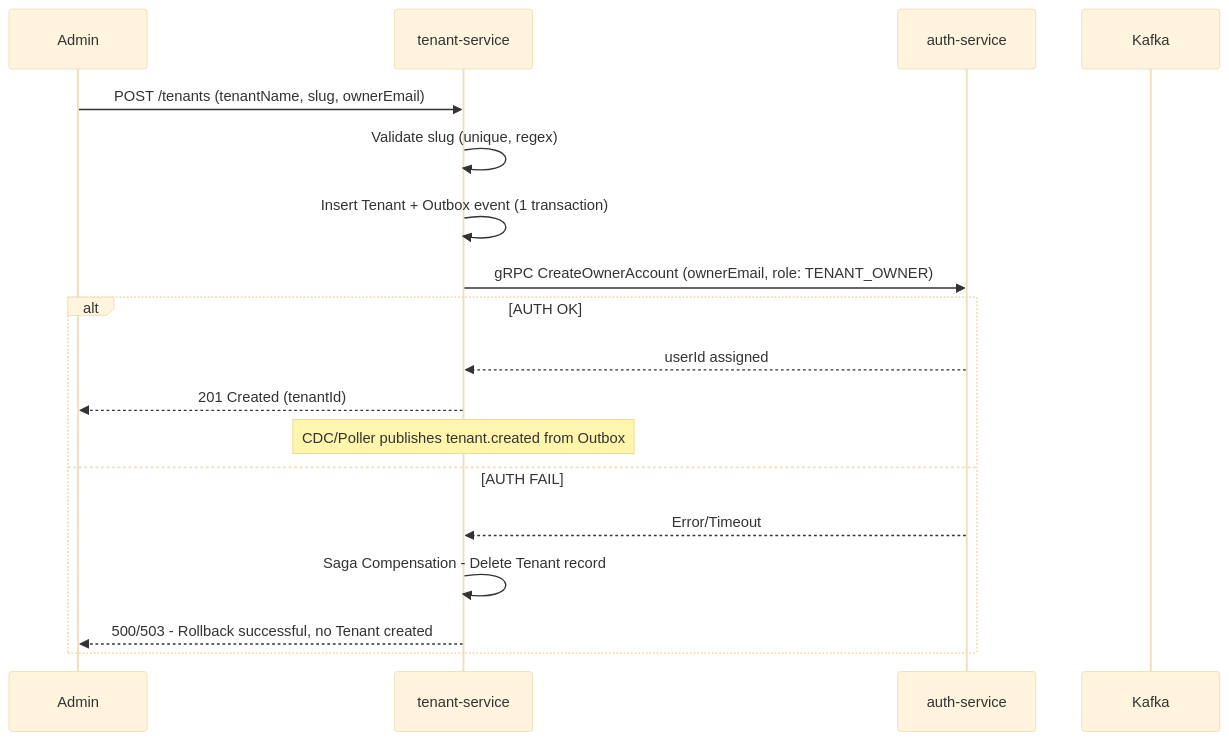
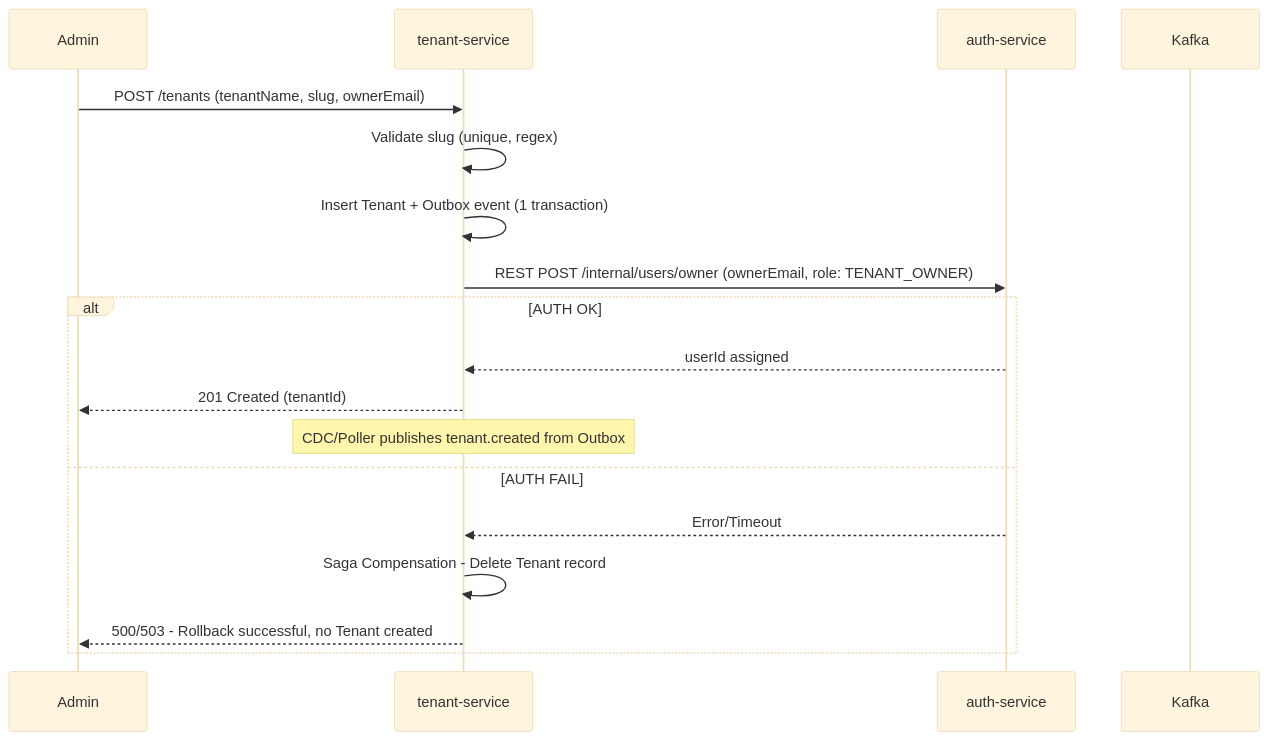
The third of 10 diagrams in docs/HLD.md (vutiendat24/omniChat), drawn with Mermaid (base theme) before and after one commit. The commit also changed other lines of this file and 25 other files, not shown here.

Commit message:
feat/tenant: create new tenant

````diff
--- a/docs/HLD.md
+++ b/docs/HLD.md
@@ -322,21 +322,21 @@
 ```mermaid
 sequenceDiagram
     participant UI as Admin
     participant TENANT as tenant-service
     participant AUTH as auth-service
     participant Kafka as Kafka
 
     UI->>TENANT: POST /tenants (tenantName, slug, ownerEmail)
     TENANT->>TENANT: Validate slug (unique, regex)
     TENANT->>TENANT: Insert Tenant + Outbox event (1 transaction)
-    TENANT->>AUTH: gRPC CreateOwnerAccount (ownerEmail, role: TENANT_OWNER)
+    TENANT->>AUTH: REST POST /internal/users/owner (ownerEmail, role: TENANT_OWNER)
     alt AUTH OK
         AUTH-->>TENANT: userId assigned
         TENANT-->>UI: 201 Created (tenantId)
         Note over TENANT: CDC/Poller publishes tenant.created from Outbox
     else AUTH FAIL
         AUTH-->>TENANT: Error/Timeout
         TENANT->>TENANT: Saga Compensation - Delete Tenant record
         TENANT-->>UI: 500/503 - Rollback successful, no Tenant created
     end
 ```
````
